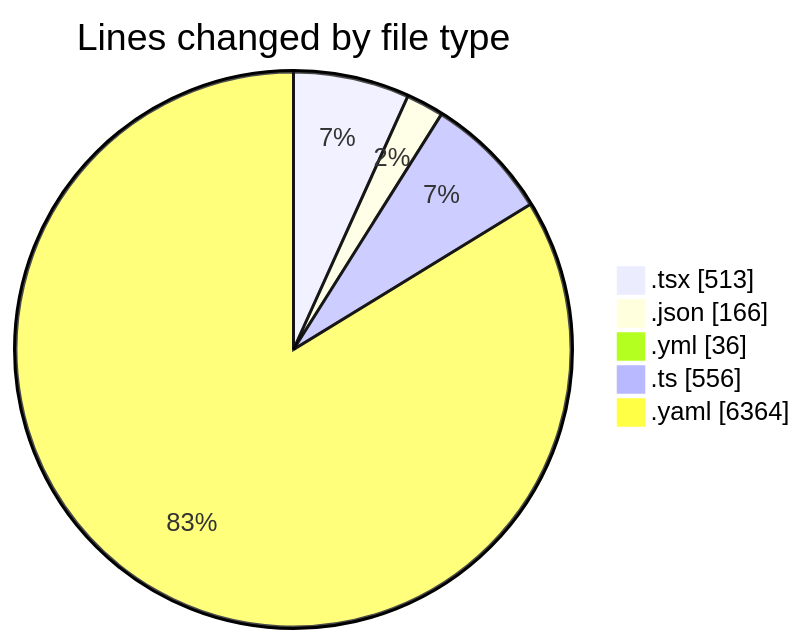
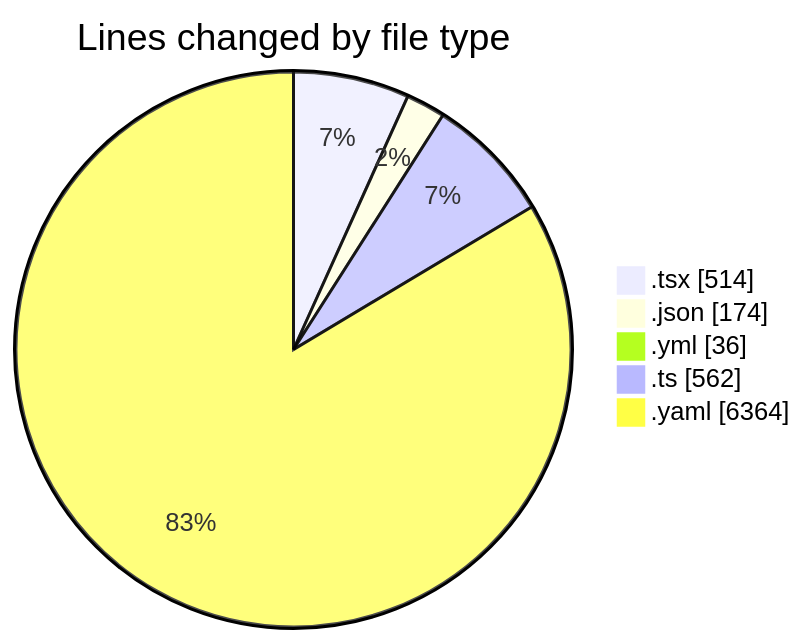
Before and after one commit to julien-gomy/code-tracking: the first of 2 diagrams in 2025-11-27/eventscop-frontend-guide__workspace_/README.md, drawn with Mermaid. The commit also changed other lines of this file and 1 other file, not shown here.

````diff
--- a/2025-11-27/eventscop-frontend-guide__workspace_/README.md
+++ b/2025-11-27/eventscop-frontend-guide__workspace_/README.md
@@ -36,9 +36,9 @@
 ```mermaid
 pie showData
 title Lines changed by file type
-".tsx" : 513
-".json" : 166
+".tsx" : 514
+".json" : 174
 ".yml" : 36
-".ts" : 556
+".ts" : 562
 ".yaml" : 6364
 ```
````
